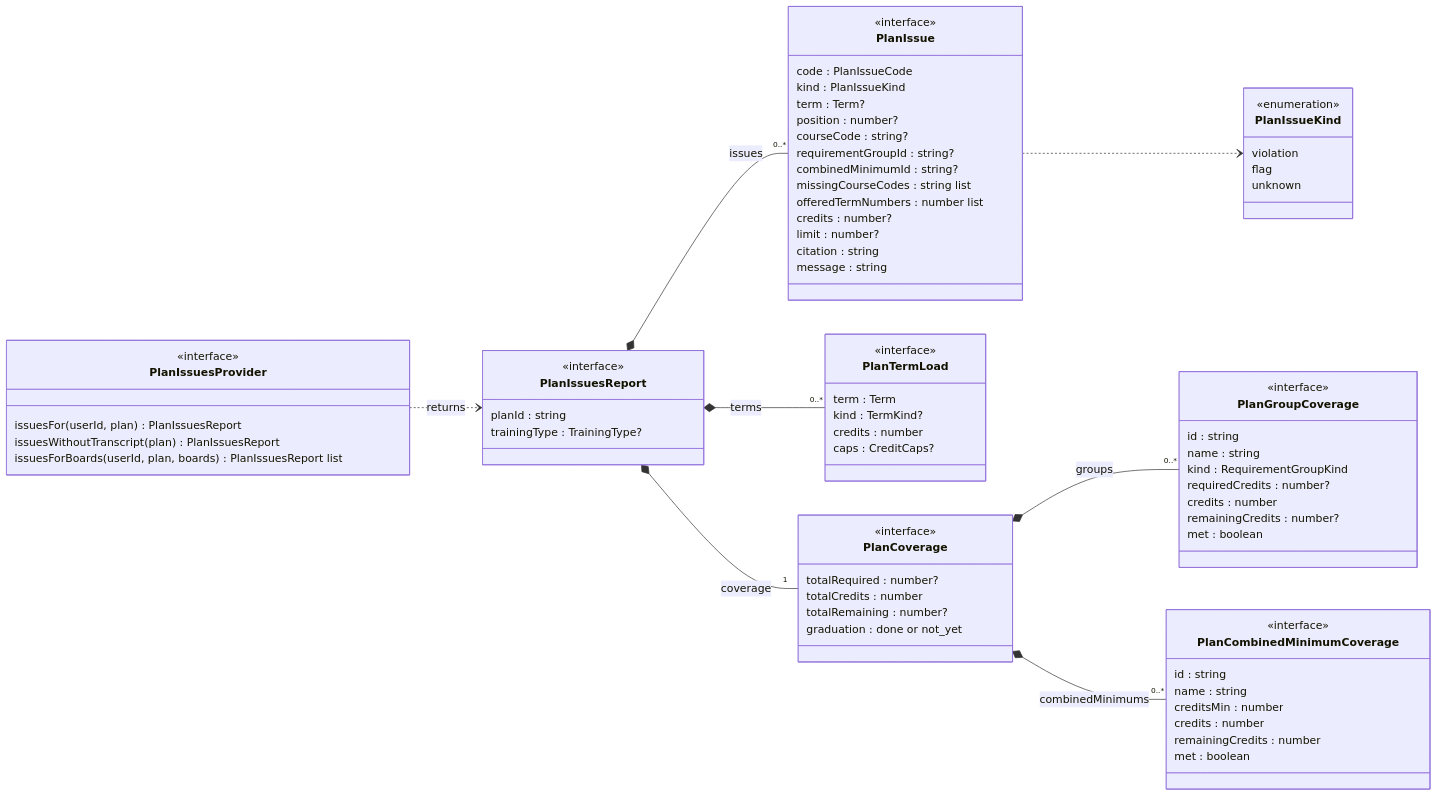
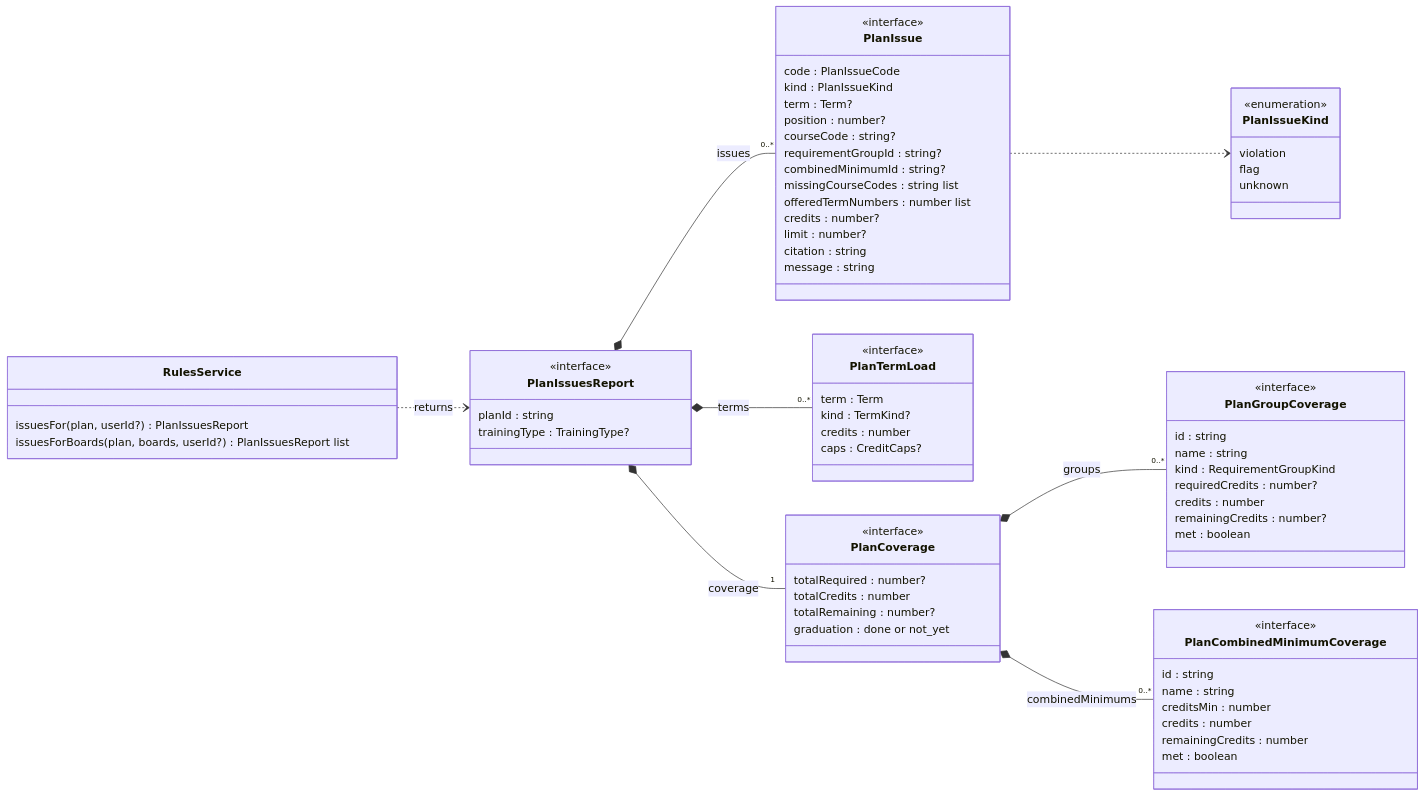
One commit to LLaammTTeerr/omnicourses changed the tenth of 17 diagrams in docs/analysis-and-design/class-model.md. Above: the diagram before and after it, drawn with Mermaid. The commit also changed other lines of this file and 11 other files, not shown here.

````diff
--- a/docs/analysis-and-design/class-model.md
+++ b/docs/analysis-and-design/class-model.md
@@ -684,77 +684,75 @@
 ```mermaid
 classDiagram
     direction LR
-    class PlanIssuesProvider {
-        <<interface>>
-        issuesFor(userId, plan) PlanIssuesReport
-        issuesWithoutTranscript(plan) PlanIssuesReport
-        issuesForBoards(userId, plan, boards) PlanIssuesReport list
+    class RulesService {
+        issuesFor(plan, userId?) PlanIssuesReport
+        issuesForBoards(plan, boards, userId?) PlanIssuesReport list
     }
     class PlanIssuesReport {
         <<interface>>
         planId : string
         trainingType : TrainingType?
     }
     class PlanIssue {
         <<interface>>
         code : PlanIssueCode
         kind : PlanIssueKind
         term : Term?
         position : number?
         courseCode : string?
         requirementGroupId : string?
         combinedMinimumId : string?
         missingCourseCodes : string list
         offeredTermNumbers : number list
         credits : number?
         limit : number?
         citation : string
         message : string
     }
     class PlanIssueKind {
         <<enumeration>>
         violation
         flag
         unknown
     }
     class PlanTermLoad {
         <<interface>>
         term : Term
         kind : TermKind?
         credits : number
         caps : CreditCaps?
     }
     class PlanCoverage {
         <<interface>>
         totalRequired : number?
         totalCredits : number
         totalRemaining : number?
         graduation : done or not_yet
     }
     class PlanGroupCoverage {
         <<interface>>
         id : string
         name : string
         kind : RequirementGroupKind
         requiredCredits : number?
         credits : number
         remainingCredits : number?
         met : boolean
     }
     class PlanCombinedMinimumCoverage {
         <<interface>>
         id : string
         name : string
         creditsMin : number
         credits : number
         remainingCredits : number
         met : boolean
     }
-    PlanIssuesProvider ..> PlanIssuesReport : returns
+    RulesService ..> PlanIssuesReport : returns
     PlanIssuesReport *-- "0..*" PlanTermLoad : terms
     PlanIssuesReport *-- "0..*" PlanIssue : issues
     PlanIssuesReport *-- "1" PlanCoverage : coverage
     PlanCoverage *-- "0..*" PlanGroupCoverage : groups
     PlanCoverage *-- "0..*" PlanCombinedMinimumCoverage : combinedMinimums
     PlanIssue ..> PlanIssueKind
 ```
````
